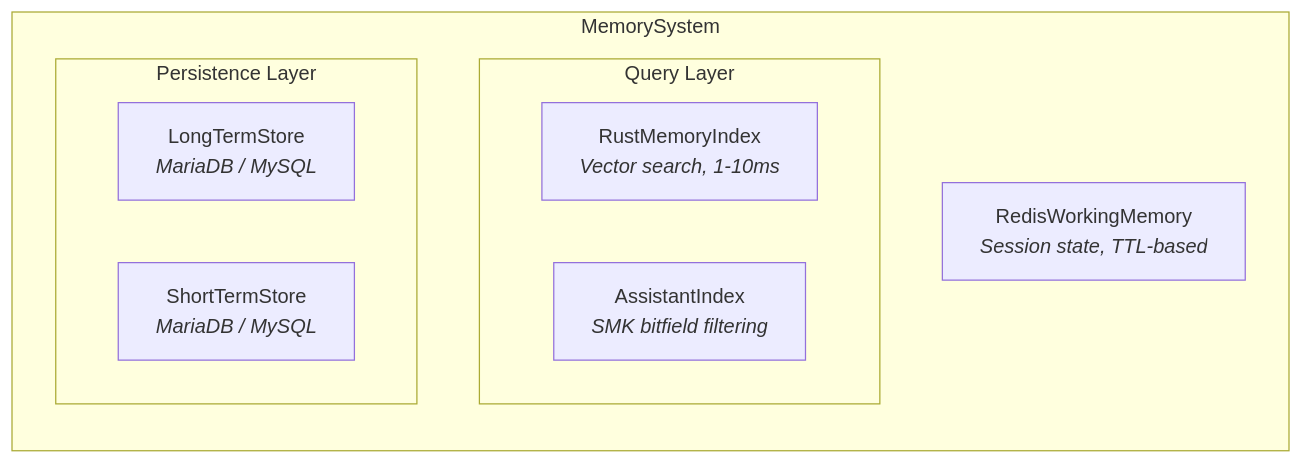
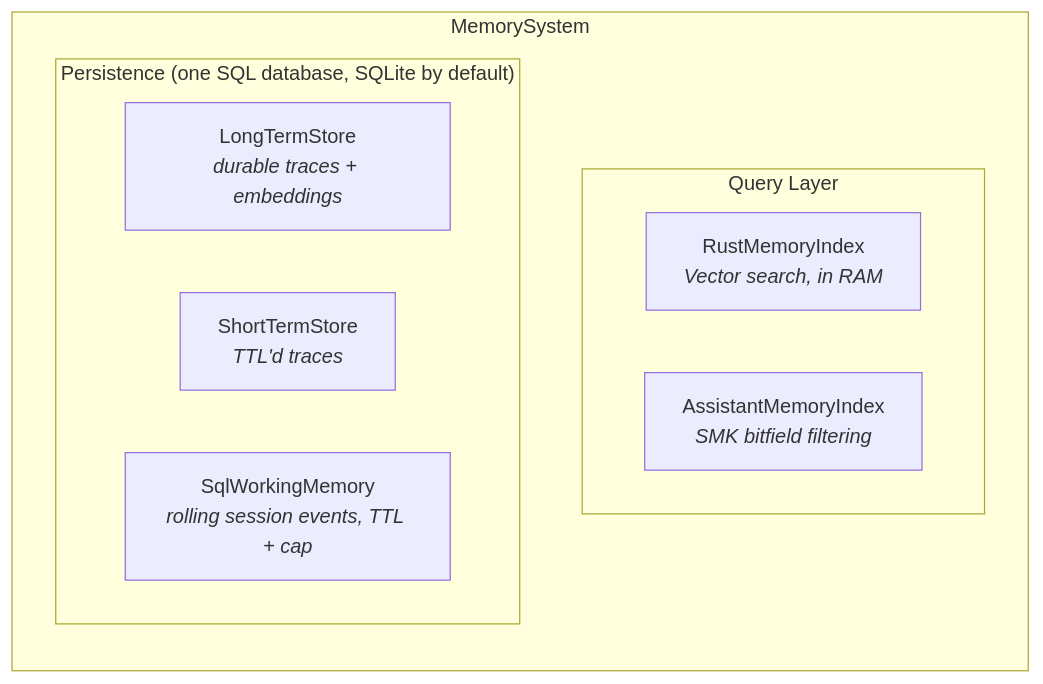
One commit to Magic-Man-us/MemoryCore changed the diagram in README.md. Above: the diagram before and after it, drawn with Mermaid. The commit also changed other lines of this file and 45 other files, not shown here.

````diff
--- a/README.md
+++ b/README.md
@@ -9,15 +12,15 @@
 ```mermaid
 graph TB
     subgraph MemorySystem
         direction TB
         subgraph Query Layer
-            RI[RustMemoryIndex<br><i>Vector search, 1-10ms</i>]
-            AI[AssistantIndex<br><i>SMK bitfield filtering</i>]
+            RI[RustMemoryIndex<br><i>Vector search, in RAM</i>]
+            AI[AssistantMemoryIndex<br><i>SMK bitfield filtering</i>]
         end
-        subgraph Persistence Layer
-            LTM[LongTermStore<br><i>MariaDB / MySQL</i>]
-            STM[ShortTermStore<br><i>MariaDB / MySQL</i>]
+        subgraph "Persistence (one SQL database, SQLite by default)"
+            LTM[LongTermStore<br><i>durable traces + embeddings</i>]
+            STM[ShortTermStore<br><i>TTL'd traces</i>]
+            WM[SqlWorkingMemory<br><i>rolling session events, TTL + cap</i>]
         end
-        WM[RedisWorkingMemory<br><i>Session state, TTL-based</i>]
     end
 ```
````
